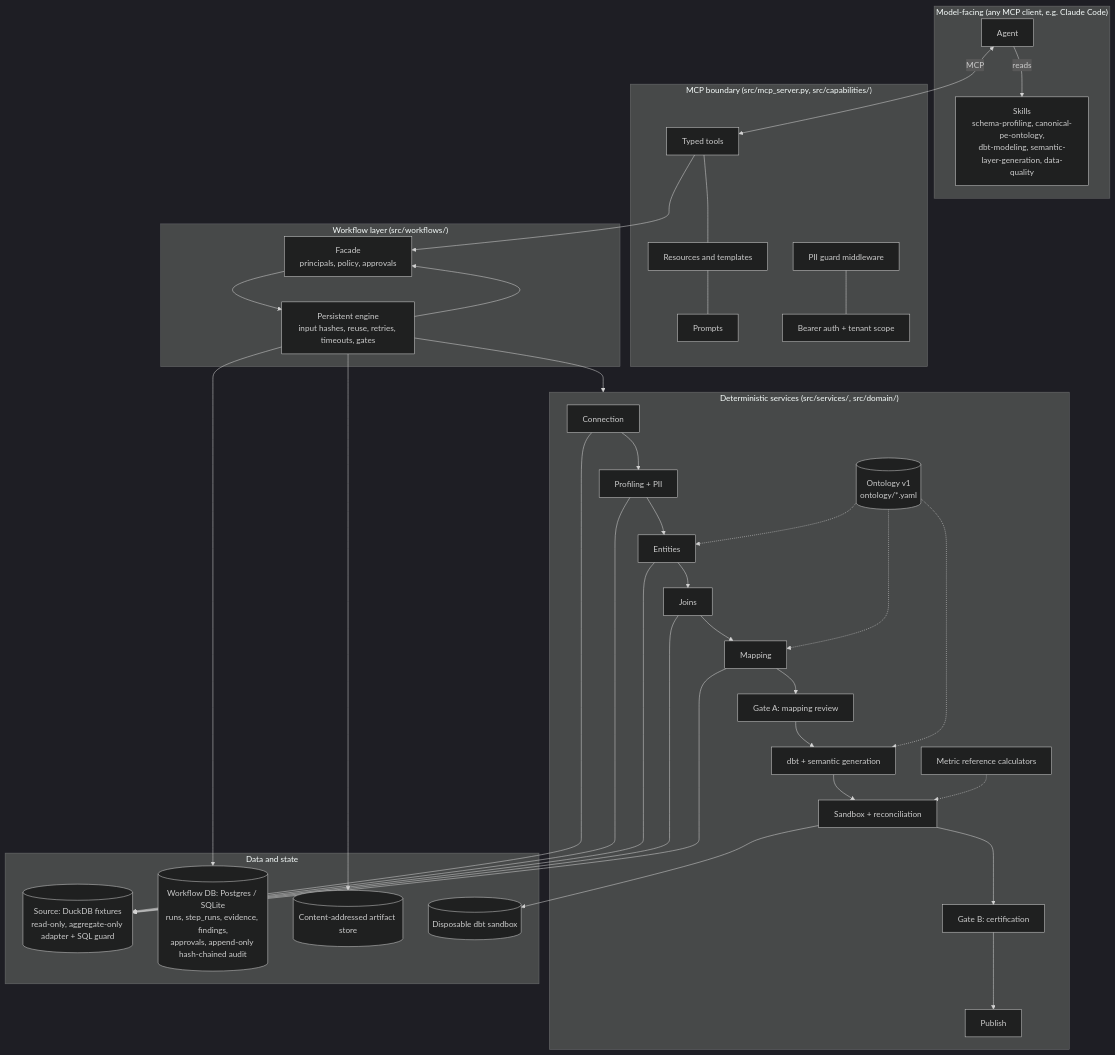
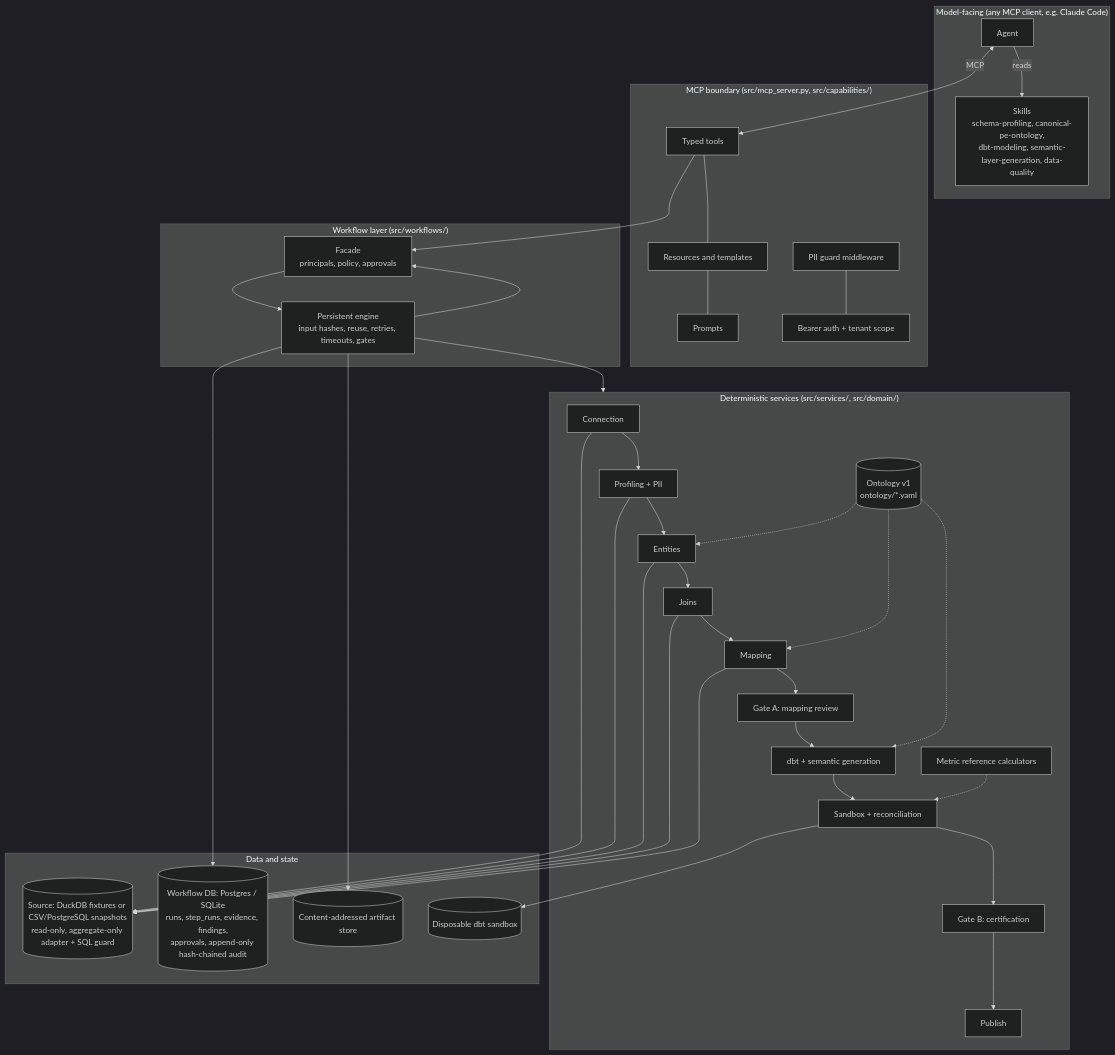
One commit to ahines99/portco-data-onboarding changed the first of 3 diagrams in docs/architecture.md. Above: the diagram before and after it, drawn with Mermaid (dark theme). The commit also changed other lines of this file and 143 other files, not shown here.

````diff
--- a/docs/architecture.md
+++ b/docs/architecture.md
@@ -9,31 +13,31 @@
 ```mermaid
 flowchart TB
   subgraph Agent["Model-facing (any MCP client, e.g. Claude Code)"]
     A[Agent] -->|reads| SK[Skills<br/>schema-profiling, canonical-pe-ontology,<br/>dbt-modeling, semantic-layer-generation, data-quality]
   end
   subgraph MCP["MCP boundary (src/mcp_server.py, src/capabilities/)"]
     T[Typed tools] --- R[Resources and templates] --- P[Prompts]
     G[PII guard middleware] --- AU[Bearer auth + tenant scope]
   end
   subgraph WF["Workflow layer (src/workflows/)"]
     E[Persistent engine<br/>input hashes, reuse, retries, timeouts, gates] --> F[Facade<br/>principals, policy, approvals]
   end
   subgraph Domain["Deterministic services (src/services/, src/domain/)"]
     S1[Connection] --> S2[Profiling + PII] --> S3[Entities] --> S4[Joins] --> S5[Mapping]
     S5 --> GA[Gate A: mapping review] --> S6[dbt + semantic generation] --> S7[Sandbox + reconciliation]
     S7 --> GB[Gate B: certification] --> S8[Publish]
     REF[Metric reference calculators] -.-> S7
     ONT[(Ontology v1<br/>ontology/*.yaml)] -.-> S3 & S5 & S6
   end
   subgraph Data["Data and state"]
-    SRC[(Source: DuckDB fixtures<br/>read-only, aggregate-only adapter + SQL guard)]
+    SRC[(Source: DuckDB fixtures or CSV/PostgreSQL snapshots<br/>read-only, aggregate-only adapter + SQL guard)]
     DB[(Workflow DB: Postgres / SQLite<br/>runs, step_runs, evidence, findings,<br/>approvals, append-only hash-chained audit)]
     BL[(Content-addressed artifact store)]
     SB[(Disposable dbt sandbox)]
   end
   A <-->|MCP| T
   T --> F --> E --> Domain
   S1 & S2 & S3 & S4 & S5 --> SRC
   E --> DB & BL
   S7 --> SB
 ```
````
